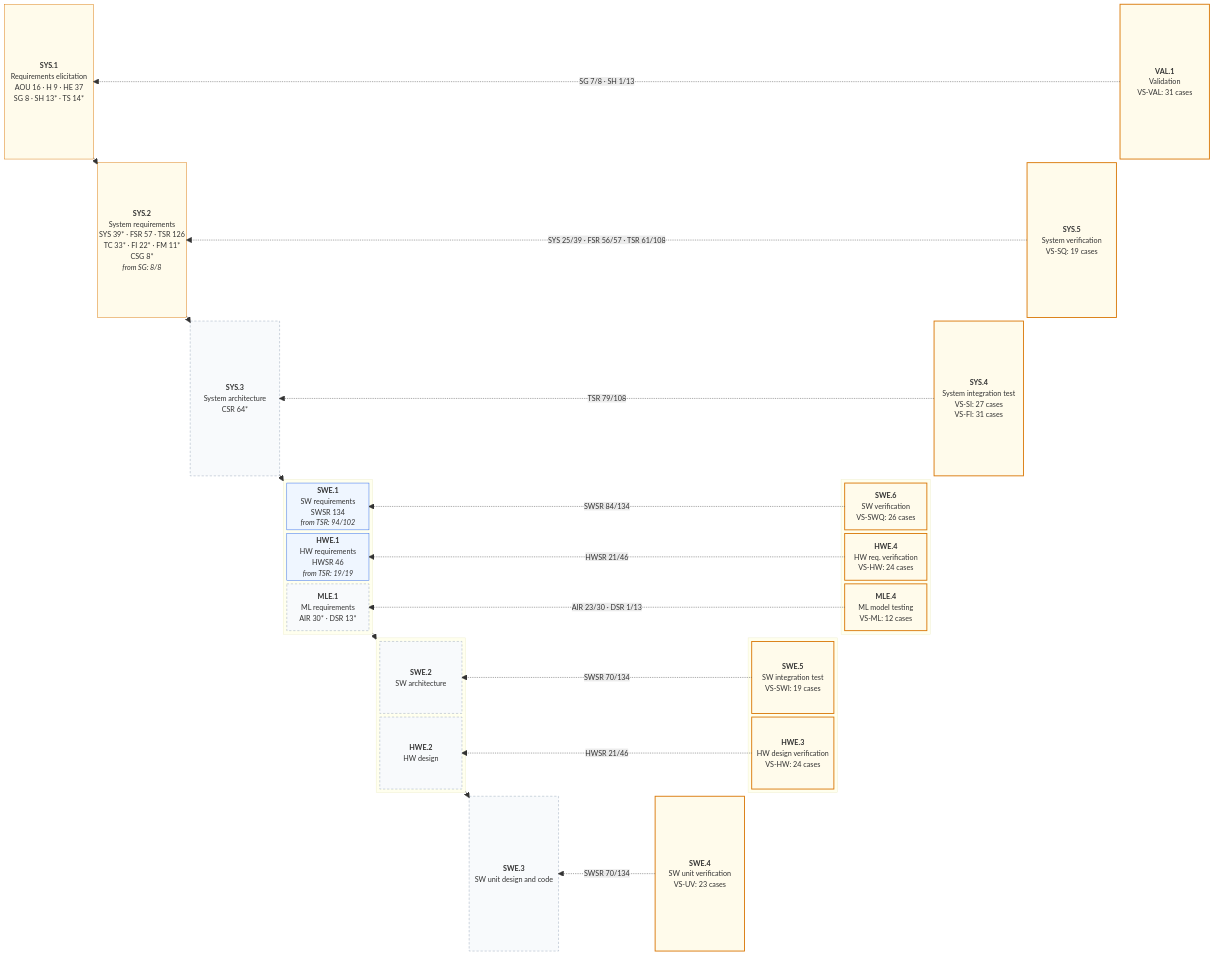
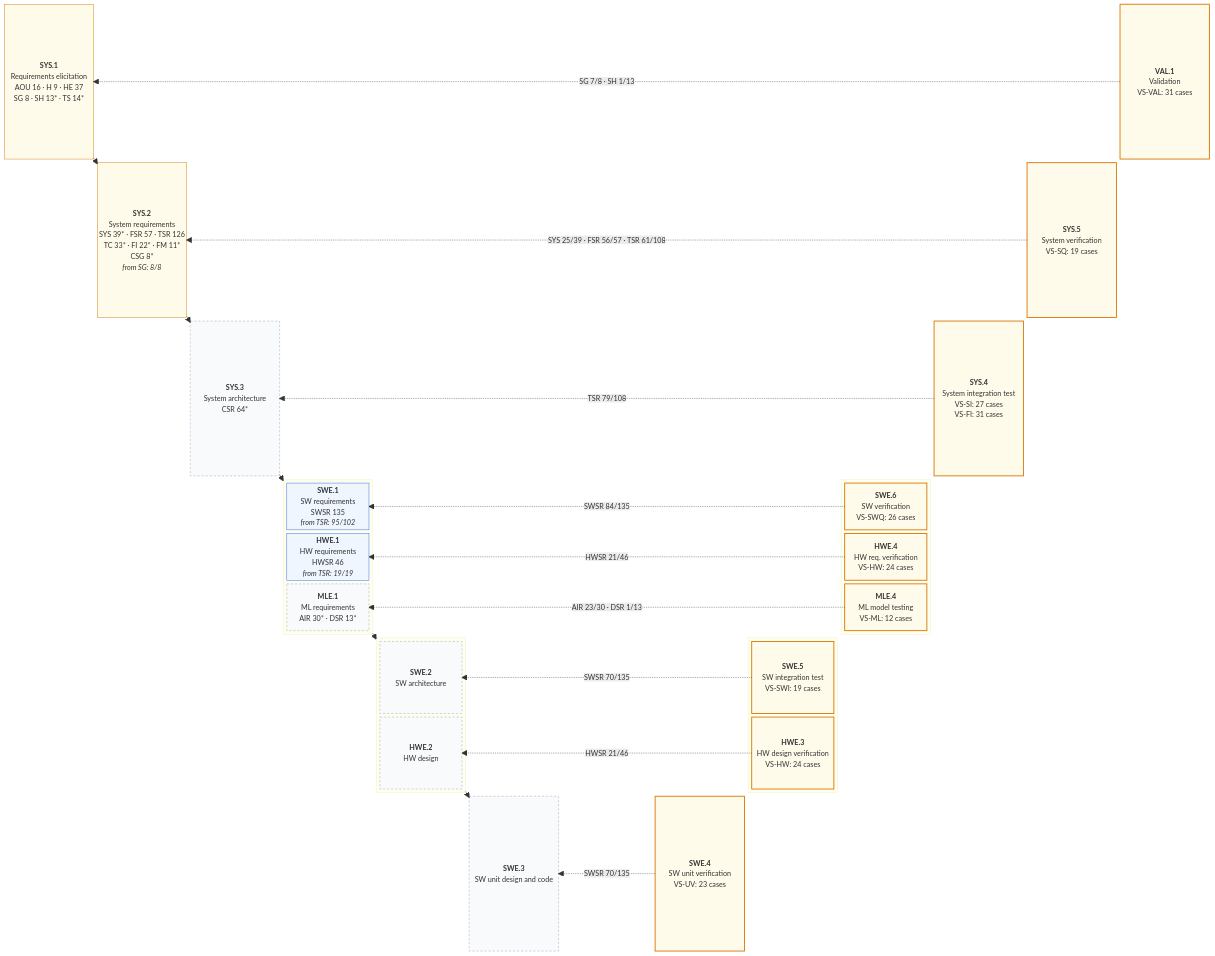
One commit to jherrodthomas/LionDriver changed the first of 2 diagrams in assurance/trace/maps/aspice-trace-map.md. Above: the diagram before and after it, drawn with Mermaid. The commit also changed other lines of this file and 61 other files, not shown here.

```diff
--- a/assurance/trace/maps/aspice-trace-map.md
+++ b/assurance/trace/maps/aspice-trace-map.md
@@ -66,7 +66,7 @@
   space
   block:L3
     columns 1
-    SWE1["<b>SWE.1</b><br/>SW requirements<br/>SWSR 134<br/><i>from TSR: 94/102</i>"]
+    SWE1["<b>SWE.1</b><br/>SW requirements<br/>SWSR 135<br/><i>from TSR: 95/102</i>"]
     HWE1["<b>HWE.1</b><br/>HW requirements<br/>HWSR 46<br/><i>from TSR: 19/19</i>"]
     MLE1["<b>MLE.1</b><br/>ML requirements<br/>AIR 30* · DSR 13*"]
   end
@@ -126,12 +126,12 @@
   VAL1 -. "SG 7/8 · SH 1/13" .-> SYS1
   SYS5 -. "SYS 25/39 · FSR 56/57 · TSR 61/108" .-> SYS2
   SYS4 -. "TSR 79/108" .-> SYS3
-  SWE6 -. "SWSR 84/134" .-> SWE1
+  SWE6 -. "SWSR 84/135" .-> SWE1
   HWE4 -. "HWSR 21/46" .-> HWE1
   MLE4 -. "AIR 23/30 · DSR 1/13" .-> MLE1
-  SWE5 -. "SWSR 70/134" .-> SWE2
+  SWE5 -. "SWSR 70/135" .-> SWE2
   HWE3 -. "HWSR 21/46" .-> HWE2
-  SWE4 -. "SWSR 70/134" .-> SWE3
+  SWE4 -. "SWSR 70/135" .-> SWE3
   style VAL1 fill:#FFFBEB,stroke:#D97706,stroke-width:2px
   style SYS5 fill:#FFFBEB,stroke:#D97706,stroke-width:2px
   style SYS4 fill:#FFFBEB,stroke:#D97706,stroke-width:2px
```
